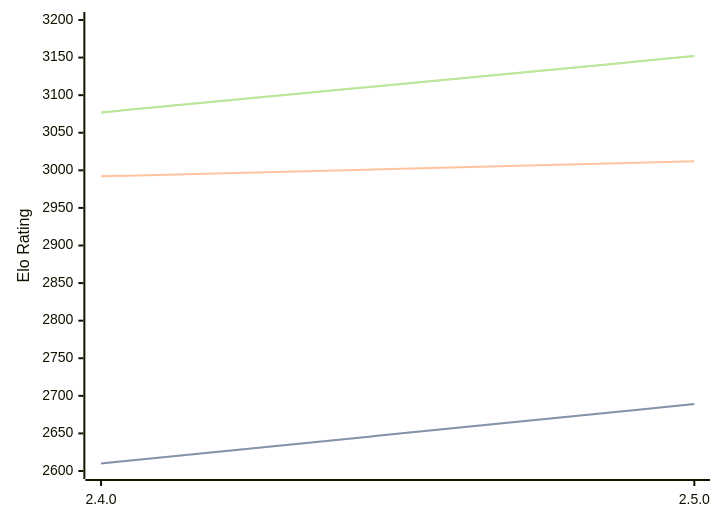
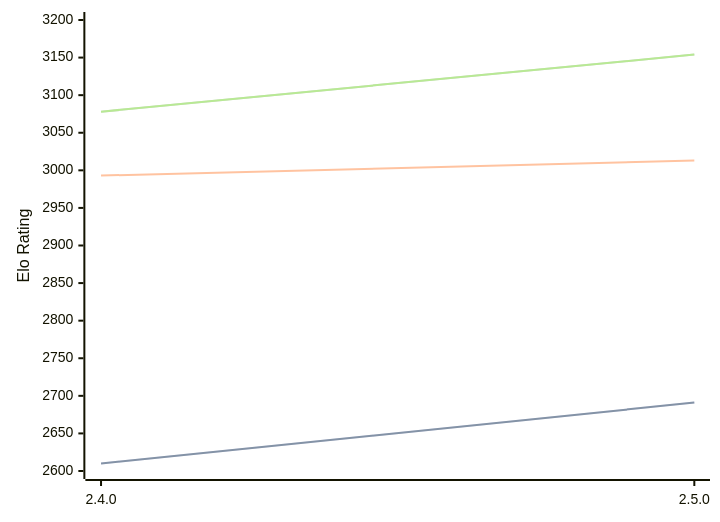
One commit to computer-chess-index/cci changed the third of 3 diagrams in engines/Sturddle2.md. Above: the diagram before and after it, drawn with Mermaid. The commit also changed other lines of this file, not shown here.

Commit message:
Update CCI Ratings (ELO VLTC) - 2026-06-23

````diff
--- a/engines/Sturddle2.md
+++ b/engines/Sturddle2.md
@@ -70,11 +70,11 @@
 ```mermaid
 %%{init: {"theme":"base","themeVariables":{"seriesColors:['#a3a3a3','#222221','#faa371']}}}%%
 xychart-beta
   x-axis ["2.4.0", "2.5.0"]
   y-axis "Elo Rating" 2600 --> 3200
-  line "STC (8.0+0.08s)" [2610, 2689]
-  line "STC (8.0+0.08s)" [2610, 2689]
-  line "LTC (60.0+0.60s)" [2992, 3012]
-  line "VLTC (2m24s+1.12s)" [3077, 3152]
-  line "VLTC (2m24s+1.12s)" [3077, 3152]
+  line "STC (8.0+0.08s)" [2610, 2691]
+  line "STC (8.0+0.08s)" [2610, 2691]
+  line "LTC (60.0+0.60s)" [2993, 3013]
+  line "VLTC (2m24s+1.12s)" [3078, 3154]
+  line "VLTC (2m24s+1.12s)" [3078, 3154]
 ```
````
